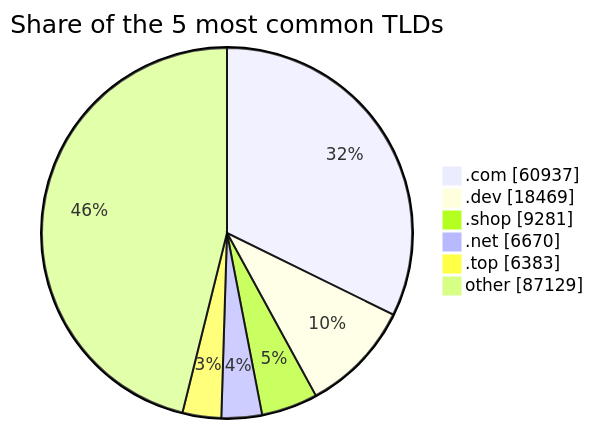
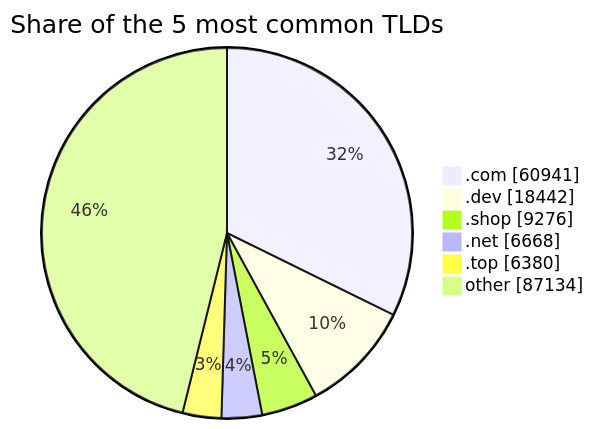
Before and after one commit to DNSBunker/CTI: the third of 3 diagrams in README.md, drawn with Mermaid. The commit also changed other lines of this file and 3 other files, not shown here.

````diff
--- a/README.md
+++ b/README.md
@@ -81,9 +81,9 @@
 ```mermaid
 pie showData title Share of the 5 most common TLDs
-    ".com" : 60937
-    ".dev" : 18469
-    ".shop" : 9281
-    ".net" : 6670
-    ".top" : 6383
-    "other" : 87129
+    ".com" : 60941
+    ".dev" : 18442
+    ".shop" : 9276
+    ".net" : 6668
+    ".top" : 6380
+    "other" : 87134
 ```
````
